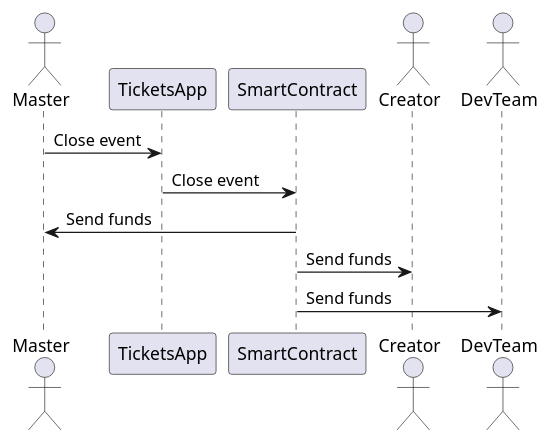
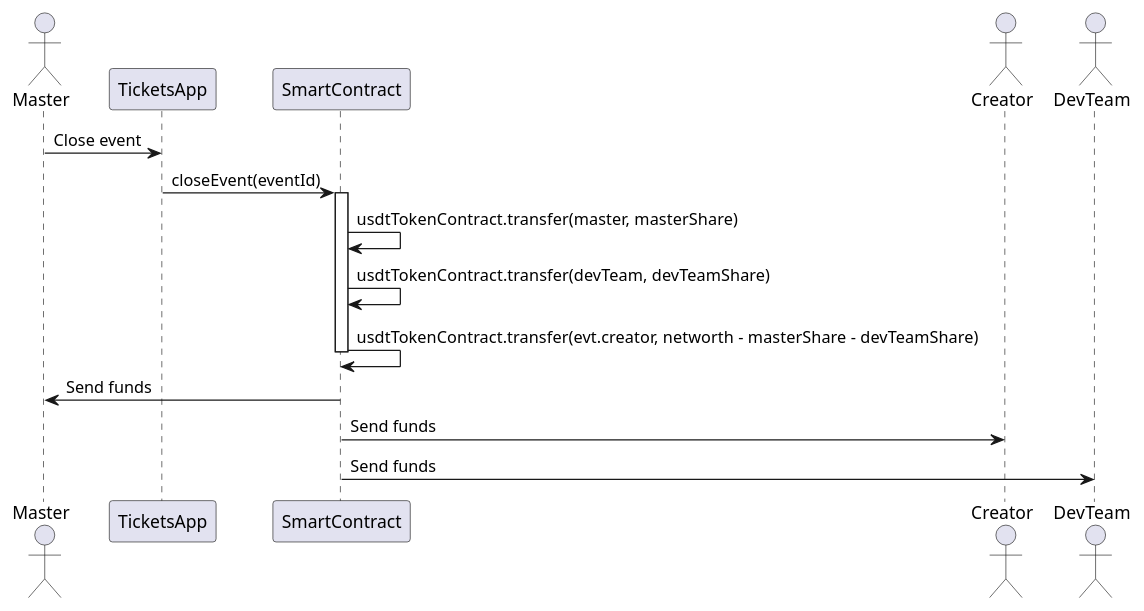
Diagram 18 of 26 in README.org (ai-shift/cyber-valley-tickets), drawn with PlantUML before and after one commit. The commit also changed other lines of this file, not shown here.

```diff
--- a/README.org
+++ b/README.org
@@ -401,13 +452,18 @@
 #+begin_src plantuml :file ./img/close-event.png
 actor Master
 participant TicketsApp
 participant SmartContract
 actor Creator
 actor DevTeam
 
 Master -> TicketsApp: Close event
-TicketsApp -> SmartContract: Close event
+TicketsApp -> SmartContract: closeEvent(eventId)
+activate SmartContract
+SmartContract -> SmartContract: usdtTokenContract.transfer(master, masterShare)
+SmartContract -> SmartContract: usdtTokenContract.transfer(devTeam, devTeamShare)
+SmartContract -> SmartContract: usdtTokenContract.transfer(evt.creator, networth - masterShare - devTeamShare)
+deactivate SmartContract
 SmartContract -> Master: Send funds
 SmartContract -> Creator: Send funds
 SmartContract -> DevTeam: Send funds
 #+end_src
```
